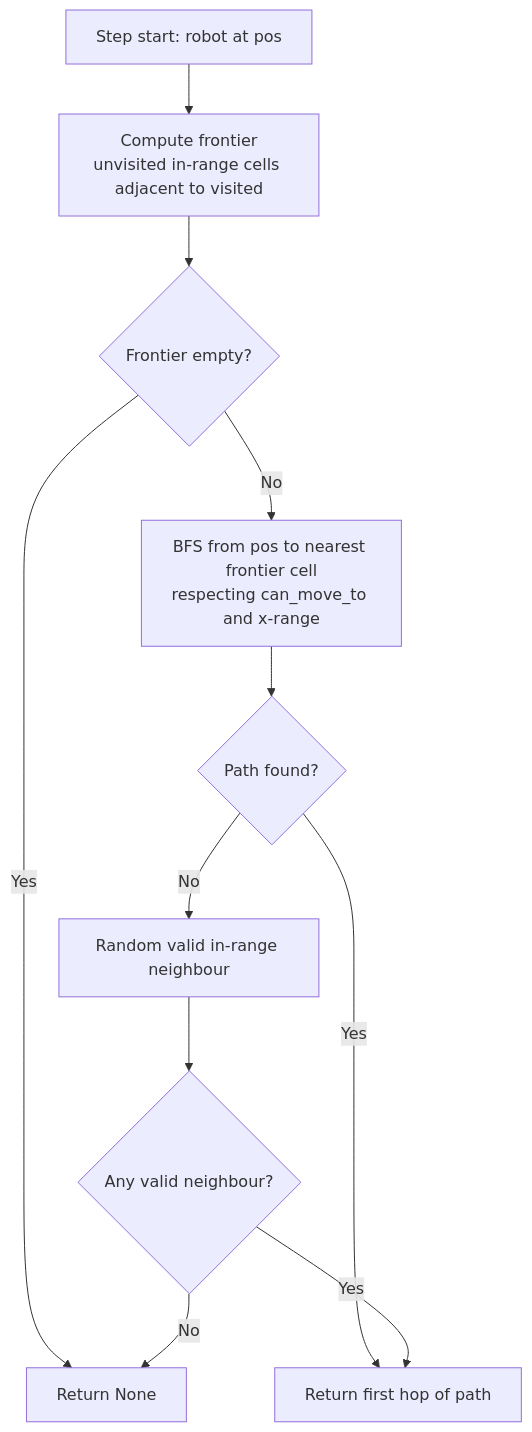
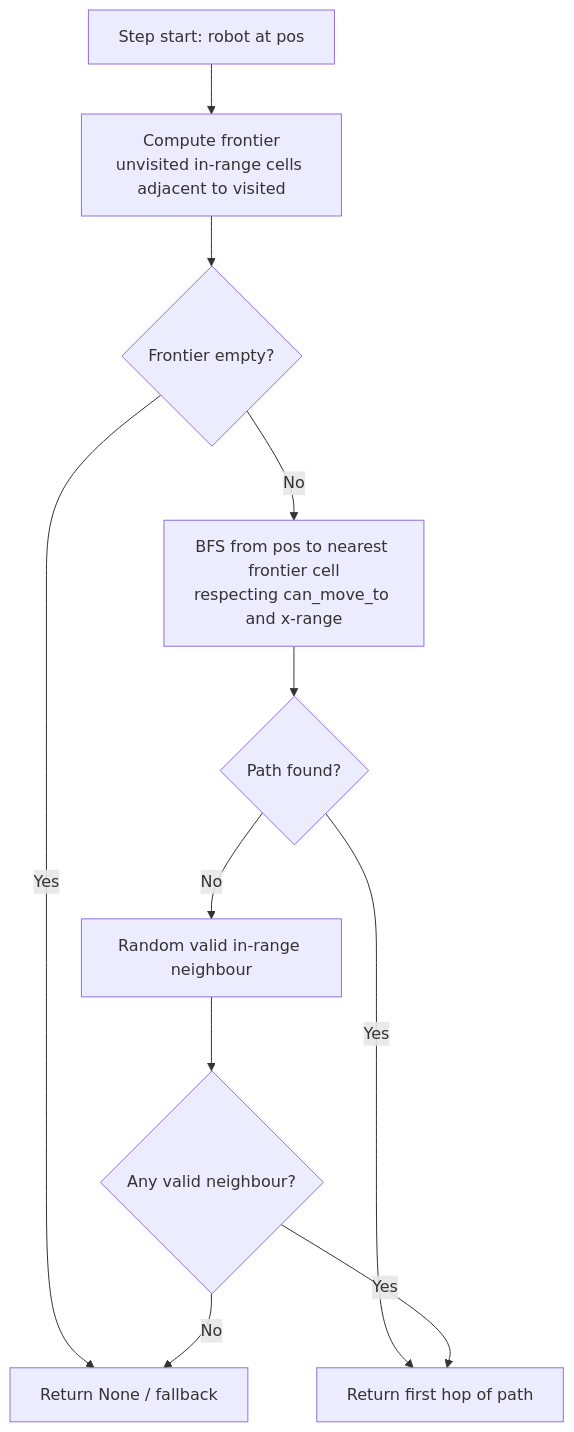
Before and after one commit to alae2/MAS-project: the diagram in 7_robot_mission_MAS2026/README.md, drawn with Mermaid. The commit also changed other lines of this file and 3 other files, not shown here.

````diff
--- a/7_robot_mission_MAS2026/README.md
+++ b/7_robot_mission_MAS2026/README.md
@@ -318,13 +305,13 @@
 ```mermaid
 flowchart TD
     A[Step start: robot at pos] --> B[Compute frontier\nunvisited in-range cells adjacent to visited]
     B --> C{Frontier empty?}
-    C -- Yes --> G[Return None]
+    C -- Yes --> G[Return None / fallback]
     C -- No --> D[BFS from pos to nearest frontier cell\nrespecting can_move_to and x-range]
     D --> E{Path found?}
     E -- Yes --> H[Return first hop of path]
     E -- No --> F[Random valid in-range neighbour]
     F --> I{Any valid neighbour?}
     I -- Yes --> H
     I -- No --> G
 ```
````
